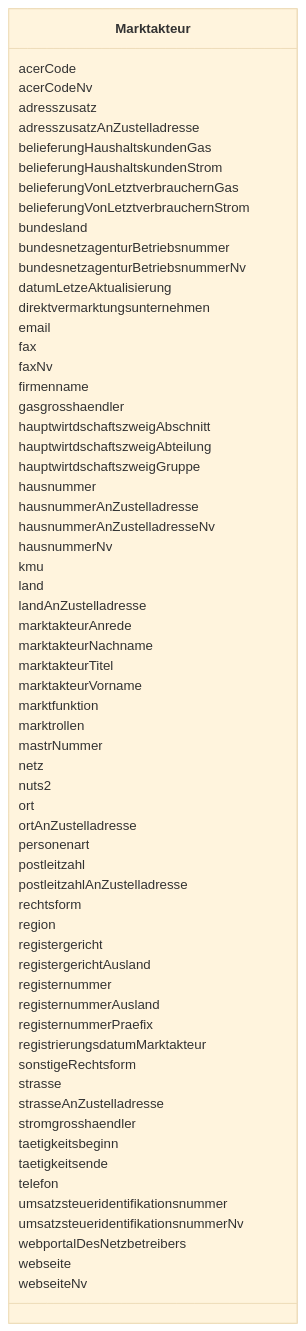
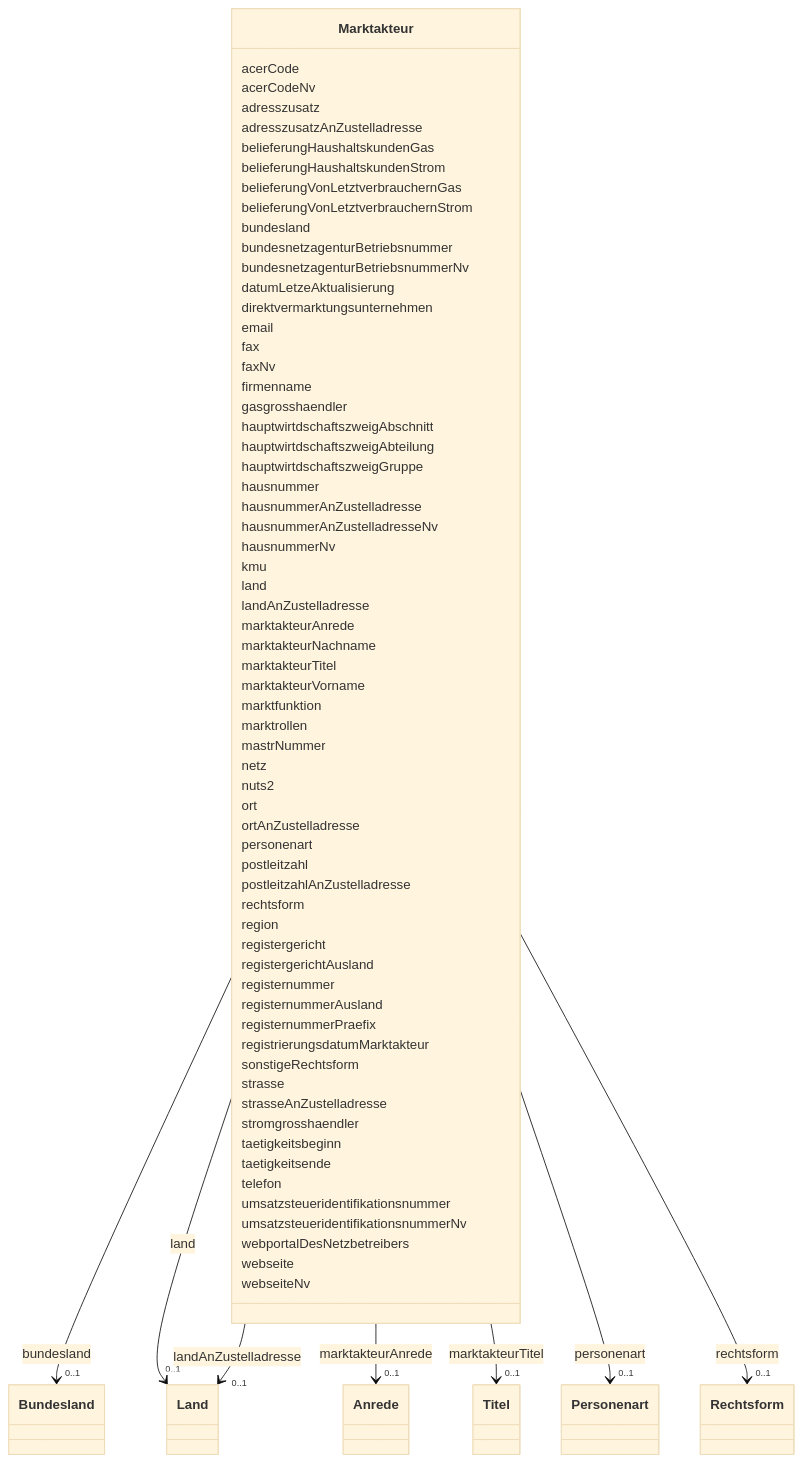
Before and after one commit to FlorianK13/mastr-model: the diagram in docs/schema/classes/Marktakteur.md, drawn with Mermaid (base theme). The commit also changed other lines of this file and 86 other files, not shown here.

```diff
--- a/docs/schema/classes/Marktakteur.md
+++ b/docs/schema/classes/Marktakteur.md
@@ -36,6 +36,15 @@
       Marktakteur : belieferungVonLetztverbrauchernStrom
         
       Marktakteur : bundesland
+        
+          
+    
+        
+        
+        Marktakteur --> "0..1" Bundesland : bundesland
+        click Bundesland href "../../enums/Bundesland/"
+    
+
         
       Marktakteur : bundesnetzagenturBetriebsnummer
         
@@ -73,13 +82,49 @@
         
       Marktakteur : land
         
+          
+    
+        
+        
+        Marktakteur --> "0..1" Land : land
+        click Land href "../../enums/Land/"
+    
+
+        
       Marktakteur : landAnZustelladresse
         
+          
+    
+        
+        
+        Marktakteur --> "0..1" Land : landAnZustelladresse
+        click Land href "../../enums/Land/"
+    
+
+        
       Marktakteur : marktakteurAnrede
+        
+          
+    
+        
+        
+        Marktakteur --> "0..1" Anrede : marktakteurAnrede
+        click Anrede href "../../enums/Anrede/"
+    
+
         
       Marktakteur : marktakteurNachname
         
       Marktakteur : marktakteurTitel
+        
+          
+    
+        
+        
+        Marktakteur --> "0..1" Titel : marktakteurTitel
+        click Titel href "../../enums/Titel/"
+    
+
         
       Marktakteur : marktakteurVorname
         
@@ -99,11 +144,29 @@
         
       Marktakteur : personenart
         
+          
+    
+        
+        
+        Marktakteur --> "0..1" Personenart : personenart
+        click Personenart href "../../enums/Personenart/"
+    
+
+        
       Marktakteur : postleitzahl
         
       Marktakteur : postleitzahlAnZustelladresse
         
       Marktakteur : rechtsform
+        
+          
+    
+        
+        
+        Marktakteur --> "0..1" Rechtsform : rechtsform
+        click Rechtsform href "../../enums/Rechtsform/"
+    
+
         
       Marktakteur : region
         
```
